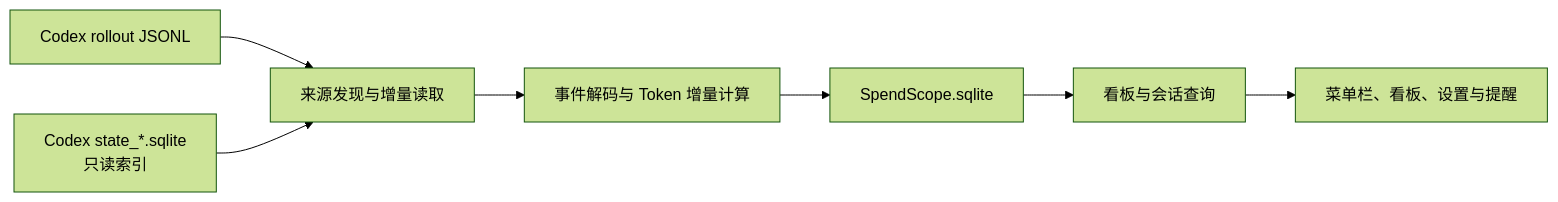
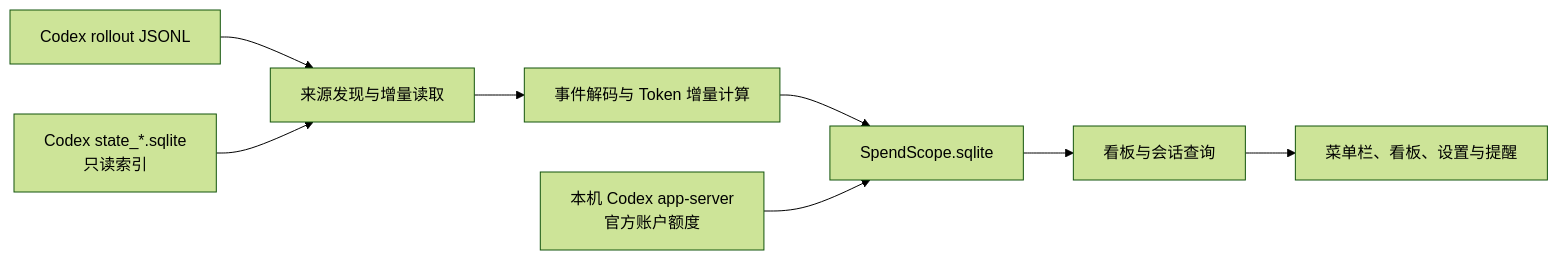
Before and after one commit to ychp/SpendScope: the diagram in README.md, drawn with Mermaid (forest theme). The commit also changed other lines of this file and 4 other files, not shown here.

````diff
--- a/README.md
+++ b/README.md
@@ -32,9 +33,10 @@
 ```mermaid
 flowchart LR
     A["Codex rollout JSONL"] --> C["来源发现与增量读取"]
     B["Codex state_*.sqlite<br/>只读索引"] --> C
     C --> D["事件解码与 Token 增量计算"]
     D --> E["SpendScope.sqlite"]
+    H["本机 Codex app-server<br/>官方账户额度"] --> E
     E --> F["看板与会话查询"]
     F --> G["菜单栏、看板、设置与提醒"]
 ```
````
